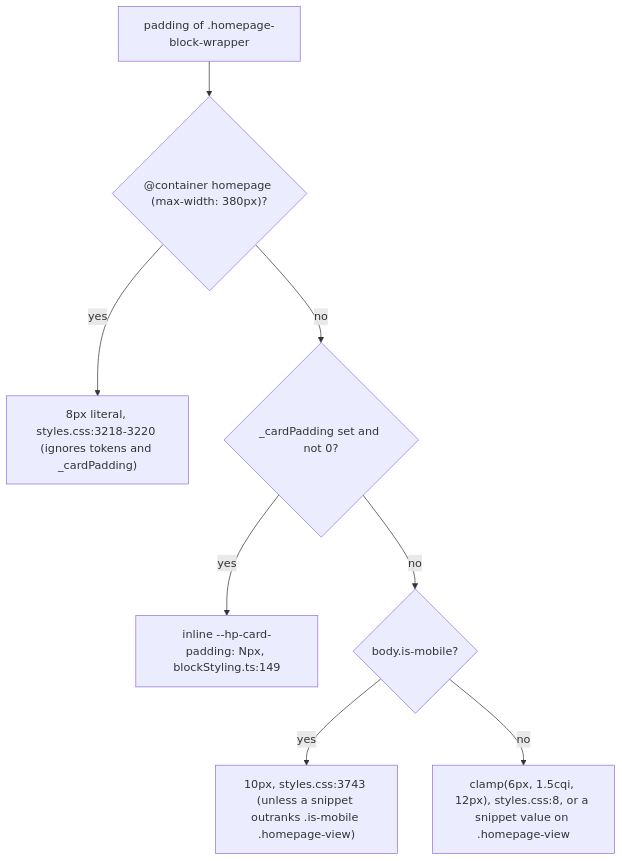
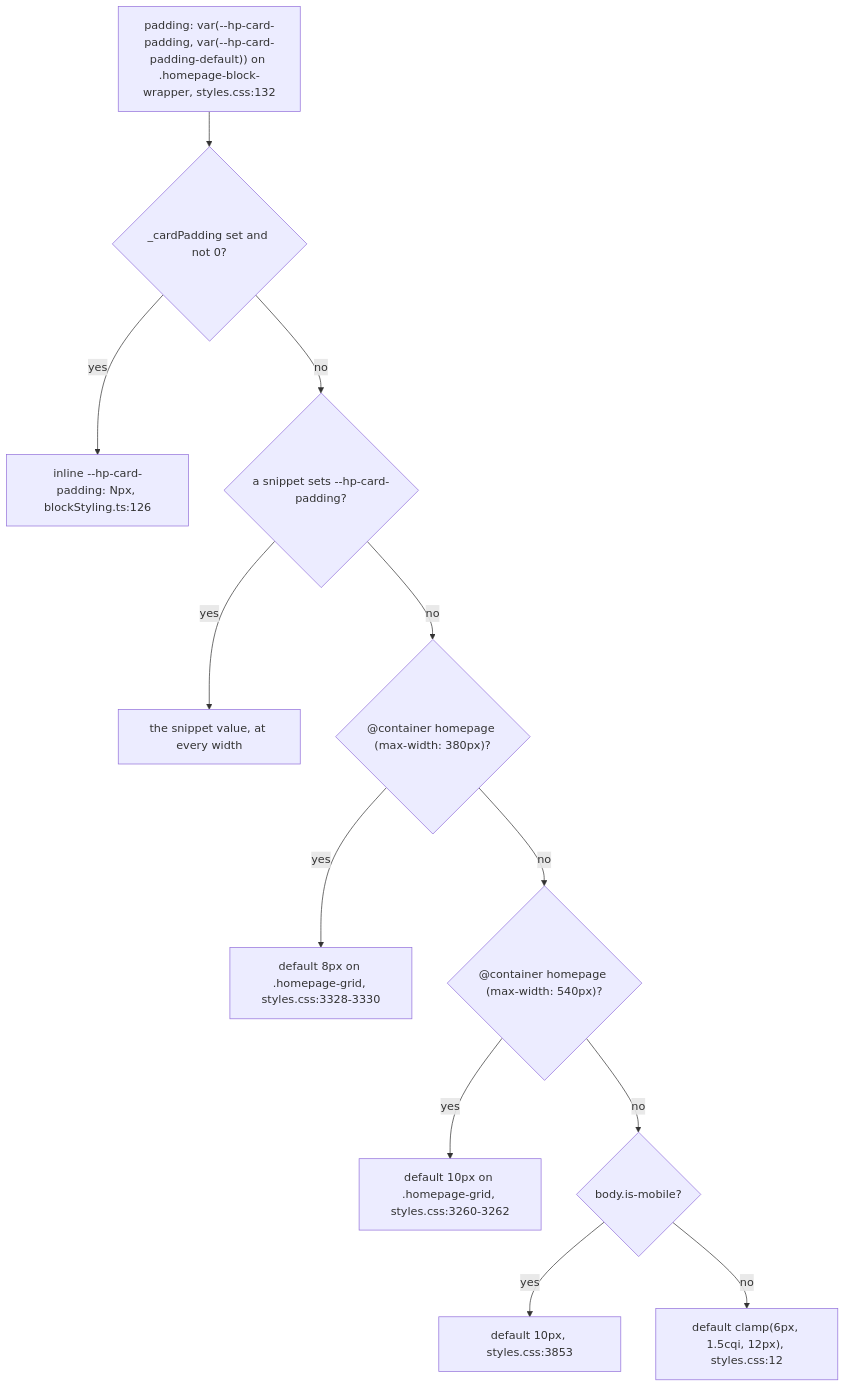
Before and after one commit to acaprino/obsidian-plugin-homepage: the first of 2 diagrams in docs/styling.md, drawn with Mermaid. The commit also changed other lines of this file and 11 other files, not shown here.

````diff
--- a/docs/styling.md
+++ b/docs/styling.md
@@ -76,10 +80,14 @@
 ```mermaid
 flowchart TD
-  A["padding of .homepage-block-wrapper"] --> B{"@container homepage (max-width: 380px)?"}
-  B -- yes --> L["8px literal, styles.css:3218-3220 (ignores tokens and _cardPadding)"]
-  B -- no --> C{"_cardPadding set and not 0?"}
-  C -- yes --> I["inline --hp-card-padding: Npx, blockStyling.ts:149"]
-  C -- no --> D{"body.is-mobile?"}
-  D -- yes --> M["10px, styles.css:3743 (unless a snippet outranks .is-mobile .homepage-view)"]
-  D -- no --> T["clamp(6px, 1.5cqi, 12px), styles.css:8, or a snippet value on .homepage-view"]
+  A["padding: var(--hp-card-padding, var(--hp-card-padding-default)) on .homepage-block-wrapper, styles.css:132"] --> C{"_cardPadding set and not 0?"}
+  C -- yes --> I["inline --hp-card-padding: Npx, blockStyling.ts:126"]
+  C -- no --> S{"a snippet sets --hp-card-padding?"}
+  S -- yes --> V["the snippet value, at every width"]
+  S -- no --> B{"@container homepage (max-width: 380px)?"}
+  B -- yes --> L["default 8px on .homepage-grid, styles.css:3328-3330"]
+  B -- no --> B2{"@container homepage (max-width: 540px)?"}
+  B2 -- yes --> N["default 10px on .homepage-grid, styles.css:3260-3262"]
+  B2 -- no --> D{"body.is-mobile?"}
+  D -- yes --> M["default 10px, styles.css:3853"]
+  D -- no --> T["default clamp(6px, 1.5cqi, 12px), styles.css:12"]
 ```
````
